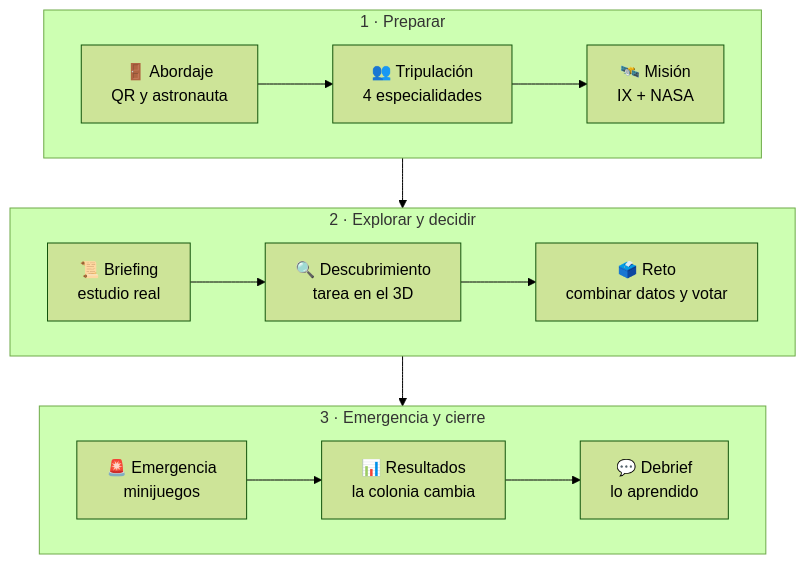
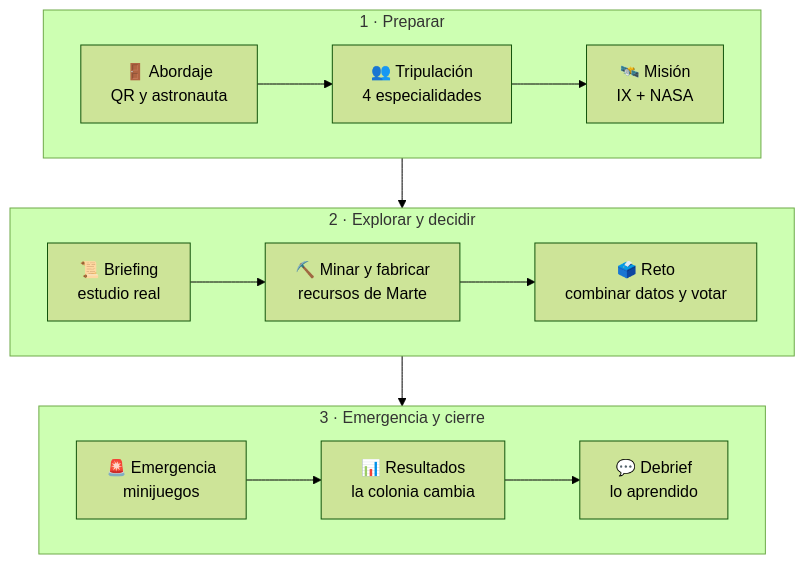
One commit to deimosvn/Taller-de-Don-Rover changed the fourth of 7 diagrams in README.md. Above: the diagram before and after it, drawn with Mermaid (forest theme). The commit also changed other lines of this file and 36 other files, not shown here.

````diff
--- a/README.md
+++ b/README.md
@@ -202,16 +219,16 @@
 ```mermaid
 flowchart TB
   subgraph uno["1 · Preparar"]
     direction LR
     L["🚪 Abordaje<br/>QR y astronauta"] --> T["👥 Tripulación<br/>4 especialidades"] --> G["🛰️ Misión<br/>IX + NASA"]
   end
   subgraph dos["2 · Explorar y decidir"]
     direction LR
-    BR["📜 Briefing<br/>estudio real"] --> DI["🔍 Descubrimiento<br/>tarea en el 3D"] --> RE["🗳️ Reto<br/>combinar datos y votar"]
+    BR["📜 Briefing<br/>estudio real"] --> DI["⛏️ Minar y fabricar<br/>recursos de Marte"] --> RE["🗳️ Reto<br/>combinar datos y votar"]
   end
   subgraph tres["3 · Emergencia y cierre"]
     direction LR
     EV["🚨 Emergencia<br/>minijuegos"] --> RS["📊 Resultados<br/>la colonia cambia"] --> DB["💬 Debrief<br/>lo aprendido"]
   end
   uno --> dos --> tres
 ```
````
